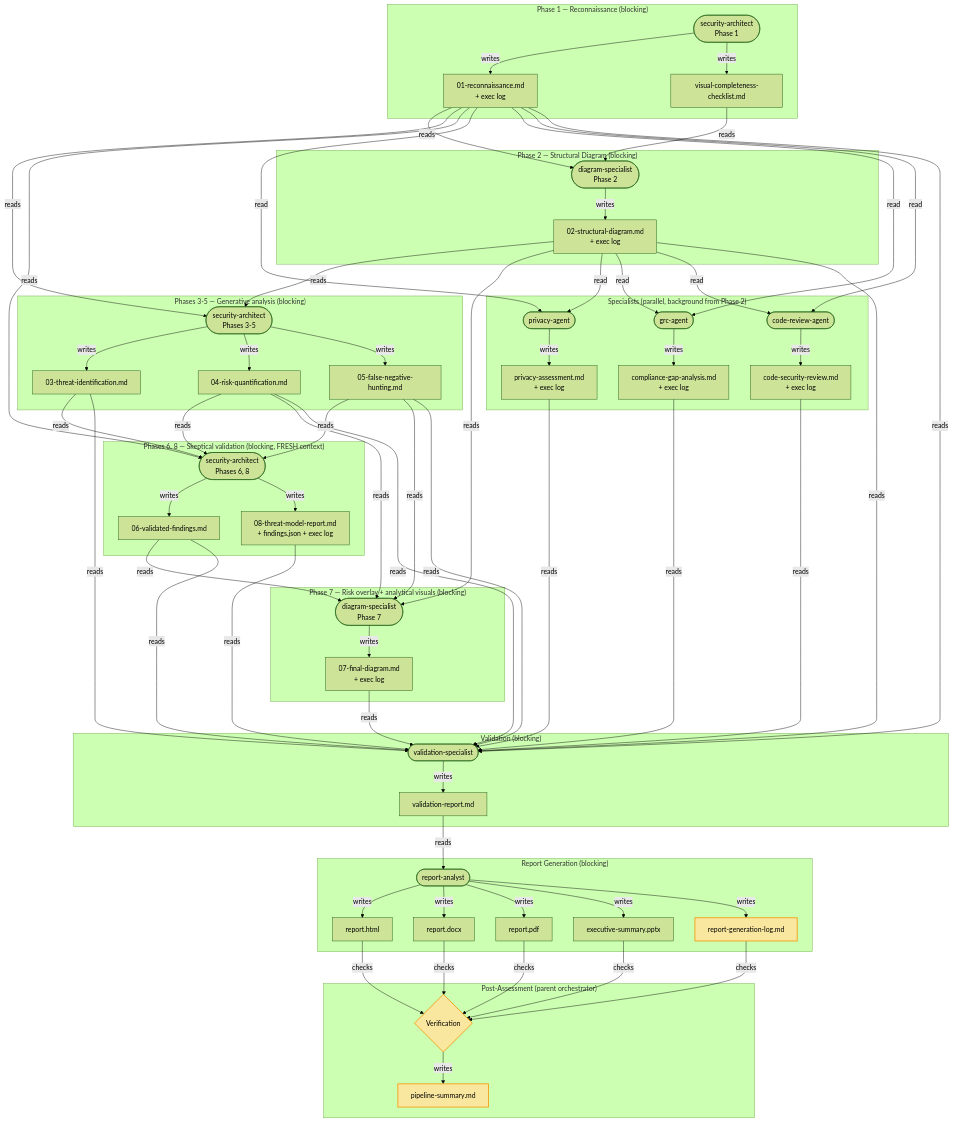
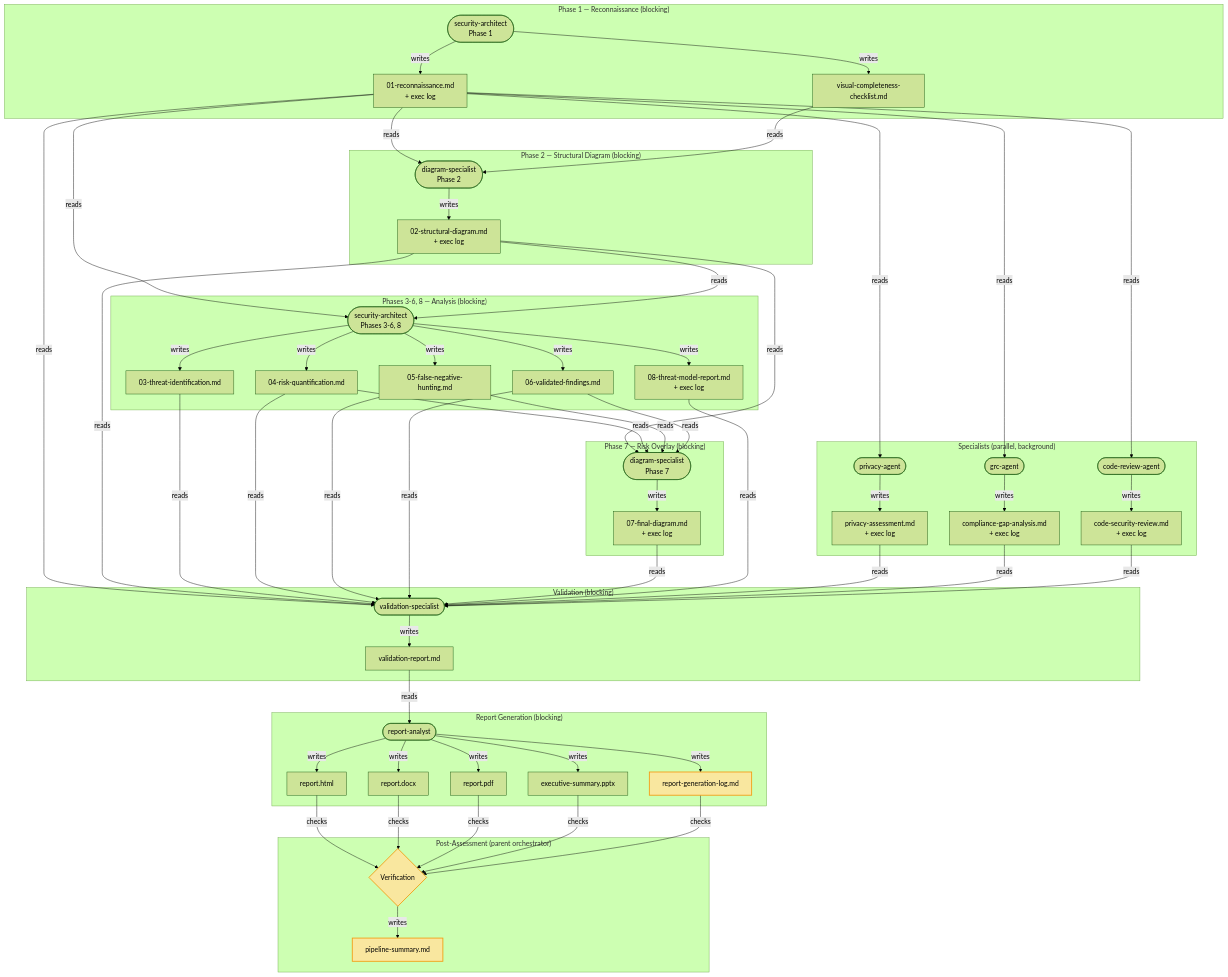
One commit to trwilcoxson/threat-model-suite changed the diagram in skills/threat-model/SKILL.md. Above: the diagram before and after it, drawn with Mermaid (forest theme). The commit also changed other lines of this file and 252 other files, not shown here.

````diff
--- a/skills/threat-model/SKILL.md
+++ b/skills/threat-model/SKILL.md
@@ -62,81 +59,73 @@
 ```mermaid
 flowchart TD
     subgraph "Phase 1 — Reconnaissance (blocking)"
         SA1([security-architect\nPhase 1])
         SA1 -->|writes| R1[01-reconnaissance.md\n+ exec log]
         SA1 -->|writes| VC[visual-completeness-checklist.md]
     end
 
     subgraph "Phase 2 — Structural Diagram (blocking)"
         DS2([diagram-specialist\nPhase 2])
         R1 -->|reads| DS2
         VC -->|reads| DS2
         DS2 -->|writes| R2[02-structural-diagram.md\n+ exec log]
     end
 
-    subgraph "Phases 3-5 — Generative analysis (blocking)"
-        SA2([security-architect\nPhases 3-5])
+    subgraph "Phases 3-6, 8 — Analysis (blocking)"
+        SA2([security-architect\nPhases 3-6, 8])
         R1 -->|reads| SA2
         R2 -->|reads| SA2
         SA2 -->|writes| R3[03-threat-identification.md]
         SA2 -->|writes| R4[04-risk-quantification.md]
         SA2 -->|writes| R5[05-false-negative-hunting.md]
+        SA2 -->|writes| R6[06-validated-findings.md]
+        SA2 -->|writes| R8[08-threat-model-report.md\n+ exec log]
     end
 
-    subgraph "Phases 6, 8 — Skeptical validation (blocking, FRESH context)"
-        SAV([security-architect\nPhases 6, 8])
-        R1 -->|reads| SAV
-        R3 -->|reads| SAV
-        R4 -->|reads| SAV
-        R5 -->|reads| SAV
-        SAV -->|writes| R6[06-validated-findings.md]
-        SAV -->|writes| R8[08-threat-model-report.md\n+ findings.json + exec log]
-    end
-
-    subgraph "Phase 7 — Risk overlay + analytical visuals (blocking)"
+    subgraph "Phase 7 — Risk Overlay (blocking)"
         DS7([diagram-specialist\nPhase 7])
         R2 -->|reads| DS7
         R4 -->|reads| DS7
         R5 -->|reads| DS7
         R6 -->|reads| DS7
         DS7 -->|writes| R7[07-final-diagram.md\n+ exec log]
     end
 
-    subgraph "Specialists (parallel, background from Phase 2)"
+    subgraph "Specialists (parallel, background)"
         PA([privacy-agent])
         GRC([grc-agent])
         CR([code-review-agent])
-        R1 & R2 -->|read| PA
-        R1 & R2 -->|read| GRC
-        R1 & R2 -->|read| CR
+        R1 -->|reads| PA
+        R1 -->|reads| GRC
+        R1 -->|reads| CR
         PA -->|writes| PO[privacy-assessment.md\n+ exec log]
         GRC -->|writes| GO[compliance-gap-analysis.md\n+ exec log]
         CR -->|writes| CO[code-security-review.md\n+ exec log]
     end
 
     subgraph "Validation (blocking)"
         VS([validation-specialist])
         R1 & R2 & R3 & R4 & R5 & R6 & R7 & R8 & PO & GO & CO -->|reads| VS
         VS -->|writes| VR[validation-report.md]
     end
 
     subgraph "Report Generation (blocking)"
         RA([report-analyst])
         VR -->|reads| RA
         RA -->|writes| HTML[report.html]
         RA -->|writes| DOCX[report.docx]
         RA -->|writes| PDF[report.pdf]
         RA -->|writes| PPTX[executive-summary.pptx]
         RA -->|writes| GL[report-generation-log.md]
     end
 
     subgraph "Post-Assessment (parent orchestrator)"
         VF{Verification}
         HTML & DOCX & PDF & PPTX & GL -->|checks| VF
         VF -->|writes| PS[pipeline-summary.md]
     end
 
     style GL fill:#f9e79f,stroke:#f39c12,stroke-width:2px
     style PS fill:#f9e79f,stroke:#f39c12,stroke-width:2px
     style VF fill:#f9e79f,stroke:#f39c12,stroke-width:2px
 ```
````
